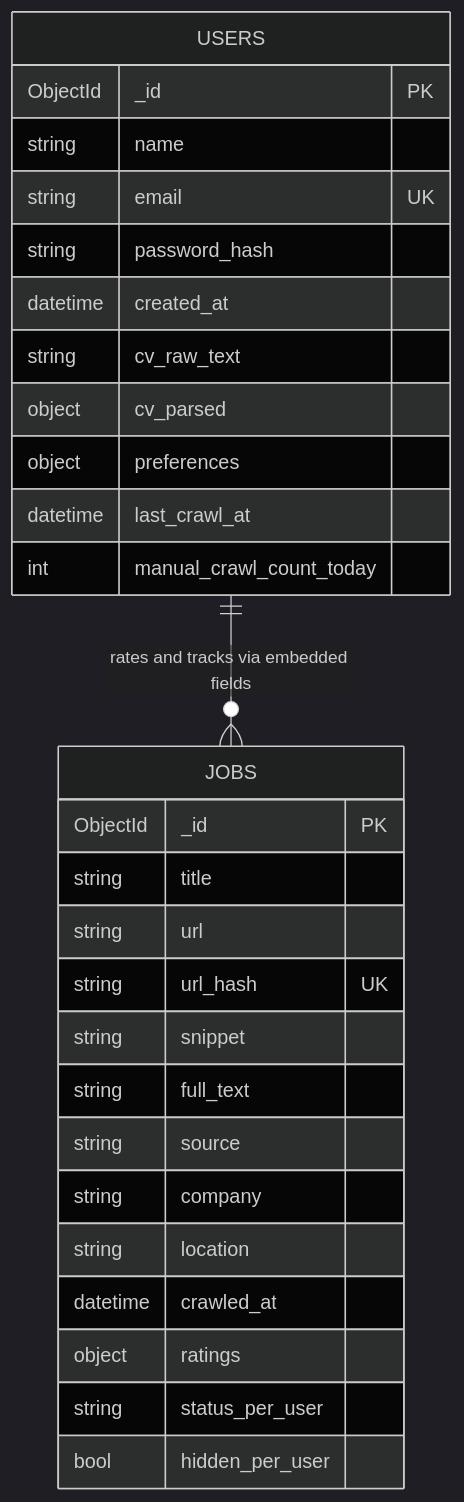
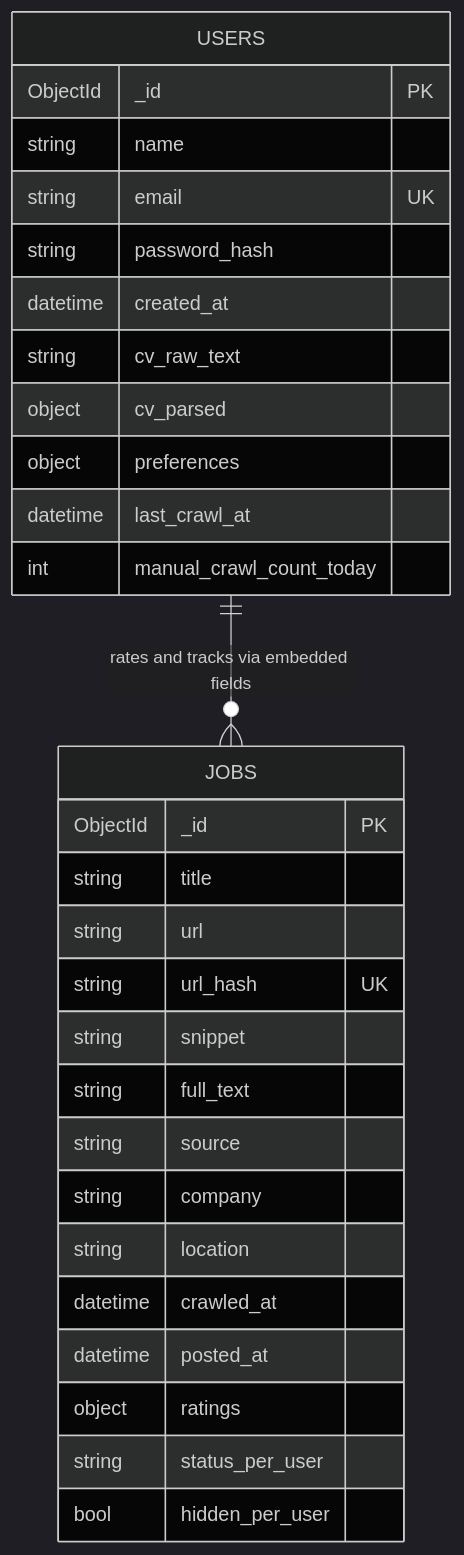
The fourth of 9 diagrams in README.md (itsmesaim/jobRadarAI), drawn with Mermaid (dark theme) before and after one commit. The commit also changed other lines of this file and 28 other files, not shown here.

````diff
--- a/README.md
+++ b/README.md
@@ -143,33 +147,34 @@
 ```mermaid
 erDiagram
     USERS {
         ObjectId _id PK
         string name
         string email UK
         string password_hash
         datetime created_at
         string cv_raw_text
         object cv_parsed
         object preferences
         datetime last_crawl_at
         int manual_crawl_count_today
     }
 
     JOBS {
         ObjectId _id PK
         string title
         string url
         string url_hash UK
         string snippet
         string full_text
         string source
         string company
         string location
         datetime crawled_at
+        datetime posted_at
         object ratings
         string status_per_user
         bool hidden_per_user
     }
 
     USERS ||--o{ JOBS : "rates and tracks via embedded fields"
 ```
````
